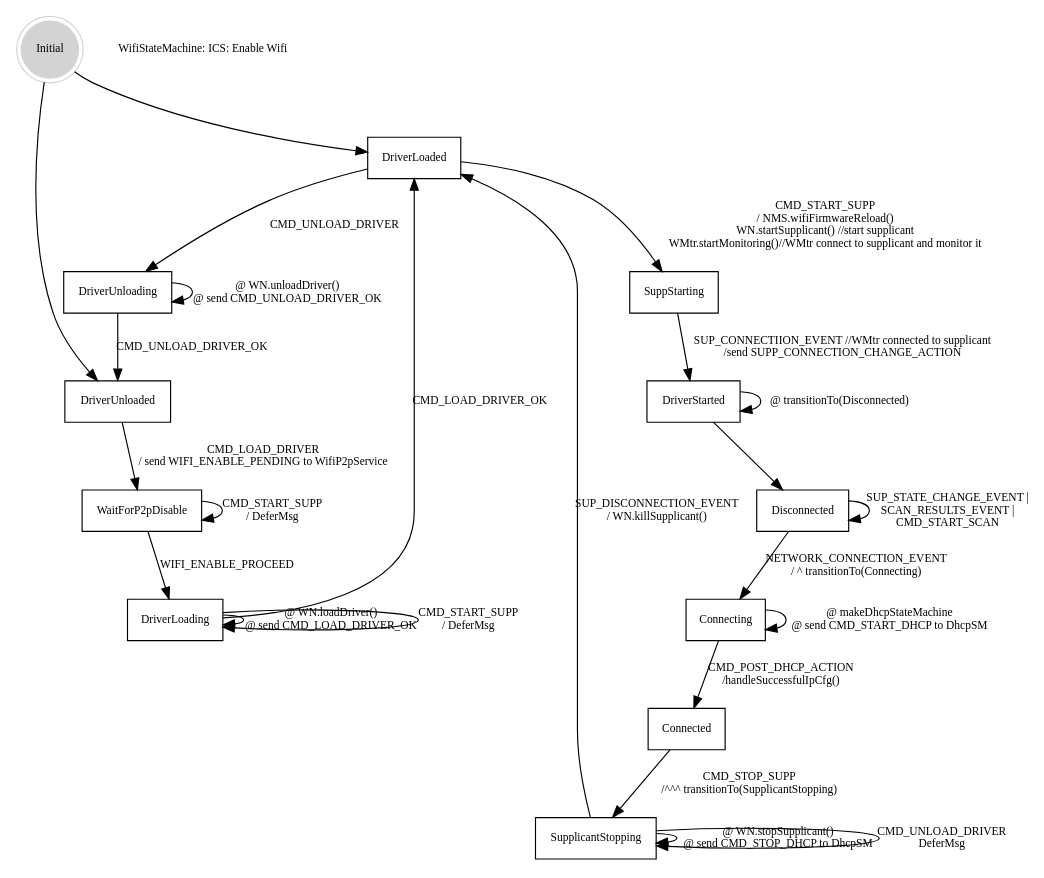
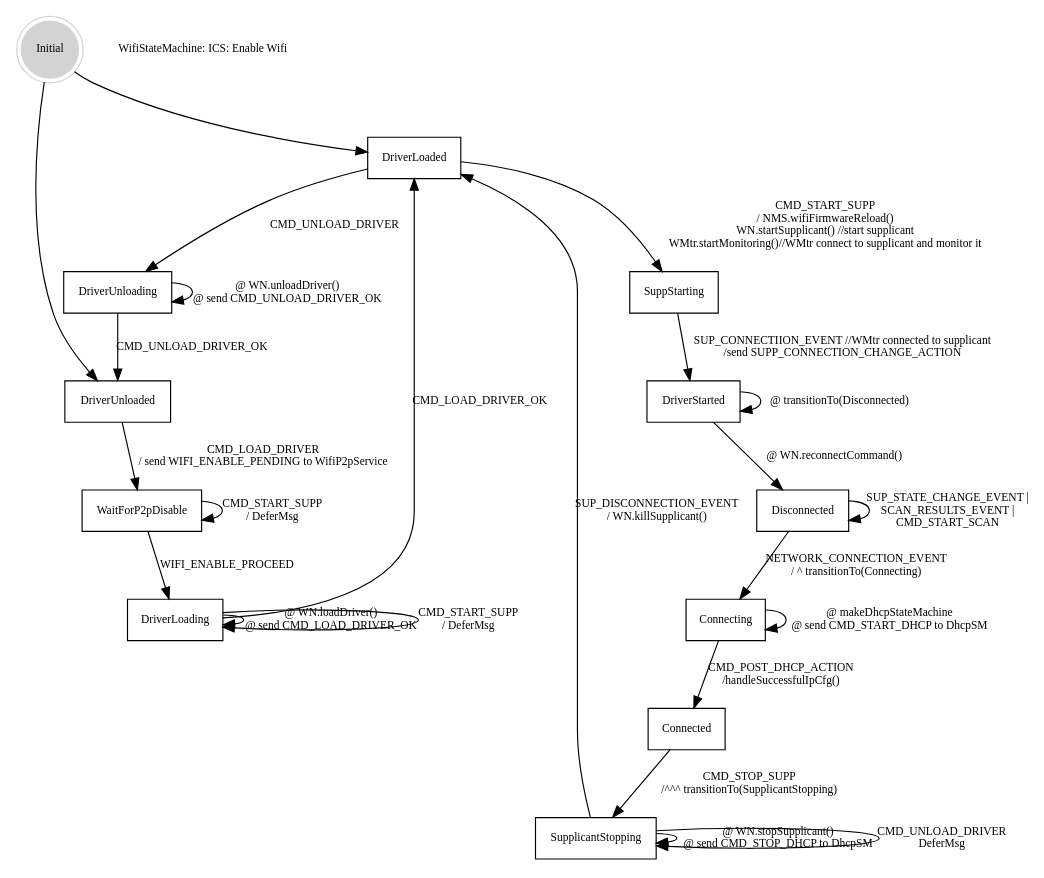
Before and after one commit to greatgauss/graphviz_script: the diagram in EnableWifi_ConnectAP_DisableWifi.dot, drawn with Graphviz. The commit also changed 1 other file, not shown here.

```diff
--- a/EnableWifi_ConnectAP_DisableWifi.dot
+++ b/EnableWifi_ConnectAP_DisableWifi.dot
@@ -1,33 +1,33 @@
 
 digraph automata_0 {
 	size = "8.5, 11";
 	fontname = "Microsoft YaHei";
 	fontsize = 15;
 	node [shape = record, fontname = "Microsoft YaHei", fontsize = 10];
 	edge [fontname = "Microsoft YaHei", fontsize = 10];
 	Initial [ style = filled, shape = doublecircle, color=lightgrey ];
 	Initial -> DriverLoaded [ label = " " ];
 	Initial-> DriverUnloaded  [ label = " " ];
 	DriverUnloaded   -> WaitForP2pDisable [ label = "CMD_LOAD_DRIVER\n/ send WIFI_ENABLE_PENDING to WifiP2pService" ];
 	WaitForP2pDisable -> WaitForP2pDisable [ label = "CMD_START_SUPP \n/ DeferMsg" ];
 	WaitForP2pDisable -> DriverLoading [ label = "WIFI_ENABLE_PROCEED" ];
 	DriverLoading -> DriverLoading [ label = "@ WN.loadDriver() \n @ send CMD_LOAD_DRIVER_OK " ];
 	DriverLoading -> DriverLoading [ label = "CMD_START_SUPP \n/ DeferMsg " ];
 	DriverLoading  -> DriverLoaded [ label = "CMD_LOAD_DRIVER_OK " ];
 	DriverLoaded  -> SuppStarting [ label = "CMD_START_SUPP\n/ NMS.wifiFirmwareReload() \n WN.startSupplicant() //start supplicant\n WMtr.startMonitoring()//WMtr connect to supplicant and monitor it " ];
 	SuppStarting  -> DriverStarted [ label = "SUP_CONNECTIION_EVENT //WMtr connected to supplicant\n/send SUPP_CONNECTION_CHANGE_ACTION " ];
 	DriverStarted -> DriverStarted [ label = "@ transitionTo(Disconnected) " ];
-	DriverStarted -> Disconnected[ label = " " ];
+	DriverStarted -> Disconnected[ label = "@ WN.reconnectCommand() " ];
 	Disconnected -> Disconnected[ label = "SUP_STATE_CHANGE_EVENT |\n SCAN_RESULTS_EVENT |\n CMD_START_SCAN" ];
 	Disconnected -> Connecting[ label = "NETWORK_CONNECTION_EVENT\n/ ^ transitionTo(Connecting) " ];
 	Connecting -> Connecting[ label = "@ makeDhcpStateMachine\n @ send CMD_START_DHCP to DhcpSM " ];
 	Connecting -> Connected[ label = "CMD_POST_DHCP_ACTION\n/handleSuccessfulIpCfg() " ];
 	Connected -> SupplicantStopping[ label = "CMD_STOP_SUPP\n/^^^ transitionTo(SupplicantStopping) " ];
 	SupplicantStopping-> SupplicantStopping[ label = "@ WN.stopSupplicant() \n @ send CMD_STOP_DHCP to DhcpSM " ];
 	SupplicantStopping-> SupplicantStopping[ label = "CMD_UNLOAD_DRIVER\n DeferMsg " ];
 	SupplicantStopping-> DriverLoaded[ label = "SUP_DISCONNECTION_EVENT\n/ WN.killSupplicant() " ];
 	DriverLoaded -> DriverUnloading[ label = "CMD_UNLOAD_DRIVER " ];
 	DriverUnloading -> DriverUnloading[ label = "@ WN.unloadDriver() \n @ send CMD_UNLOAD_DRIVER_OK" ];
 	DriverUnloading -> DriverUnloaded[ label = "CMD_UNLOAD_DRIVER_OK "];
 	"WifiStateMachine: ICS: Enable Wifi" [ shape = plaintext ];
 }
```
